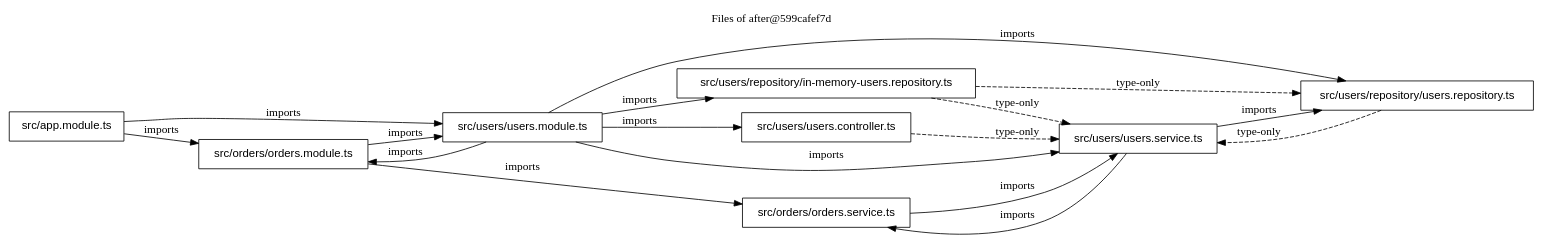
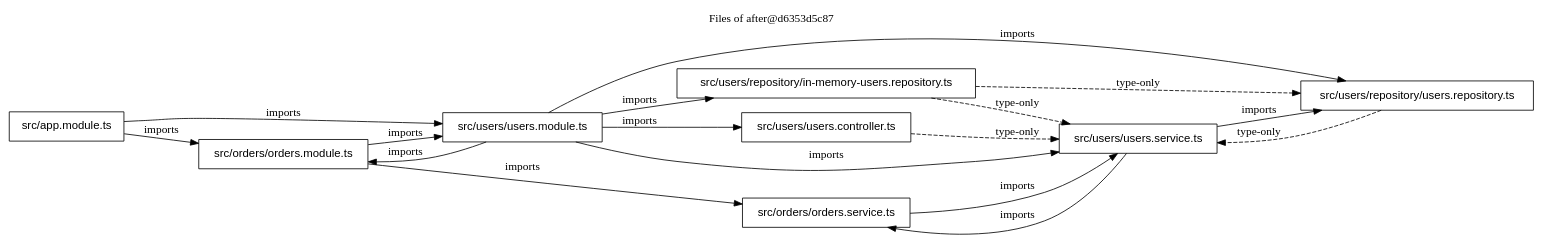
One commit to FullFran/archsieve changed the diagram in examples/nest-shop/files-after.dot. Above: the diagram before and after it, drawn with Graphviz. The commit also changed 24 other files, not shown here.

```diff
--- a/examples/nest-shop/files-after.dot
+++ b/examples/nest-shop/files-after.dot
@@ -1,29 +1,29 @@
 digraph archsieve {
   rankdir=LR;
   node [shape=box, fontname="Helvetica"];
-  label="Files of after@599cafef7d"; labelloc=t;
+  label="Files of after@d6353d5c87"; labelloc=t;
   "src/app.module.ts" [label="src/app.module.ts"];
   "src/orders/orders.module.ts" [label="src/orders/orders.module.ts"];
   "src/orders/orders.service.ts" [label="src/orders/orders.service.ts"];
   "src/users/repository/in-memory-users.repository.ts" [label="src/users/repository/in-memory-users.repository.ts"];
   "src/users/repository/users.repository.ts" [label="src/users/repository/users.repository.ts"];
   "src/users/users.controller.ts" [label="src/users/users.controller.ts"];
   "src/users/users.module.ts" [label="src/users/users.module.ts"];
   "src/users/users.service.ts" [label="src/users/users.service.ts"];
   "src/app.module.ts" -> "src/orders/orders.module.ts" [label="imports"];
   "src/app.module.ts" -> "src/users/users.module.ts" [label="imports"];
   "src/orders/orders.module.ts" -> "src/orders/orders.service.ts" [label="imports"];
   "src/orders/orders.module.ts" -> "src/users/users.module.ts" [label="imports"];
   "src/orders/orders.service.ts" -> "src/users/users.service.ts" [label="imports"];
   "src/users/repository/in-memory-users.repository.ts" -> "src/users/repository/users.repository.ts" [style=dashed, label="type-only"];
   "src/users/repository/in-memory-users.repository.ts" -> "src/users/users.service.ts" [style=dashed, label="type-only"];
   "src/users/repository/users.repository.ts" -> "src/users/users.service.ts" [style=dashed, label="type-only"];
   "src/users/users.controller.ts" -> "src/users/users.service.ts" [style=dashed, label="type-only"];
   "src/users/users.module.ts" -> "src/orders/orders.module.ts" [label="imports"];
   "src/users/users.module.ts" -> "src/users/repository/in-memory-users.repository.ts" [label="imports"];
   "src/users/users.module.ts" -> "src/users/repository/users.repository.ts" [label="imports"];
   "src/users/users.module.ts" -> "src/users/users.controller.ts" [label="imports"];
   "src/users/users.module.ts" -> "src/users/users.service.ts" [label="imports"];
   "src/users/users.service.ts" -> "src/orders/orders.service.ts" [label="imports"];
   "src/users/users.service.ts" -> "src/users/repository/users.repository.ts" [label="imports"];
 }
```
